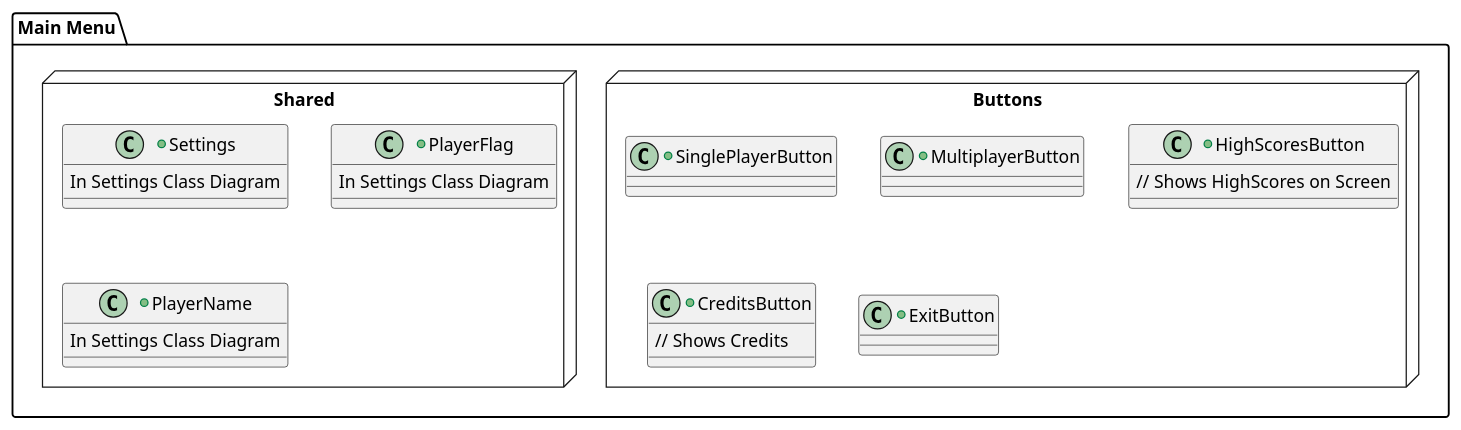
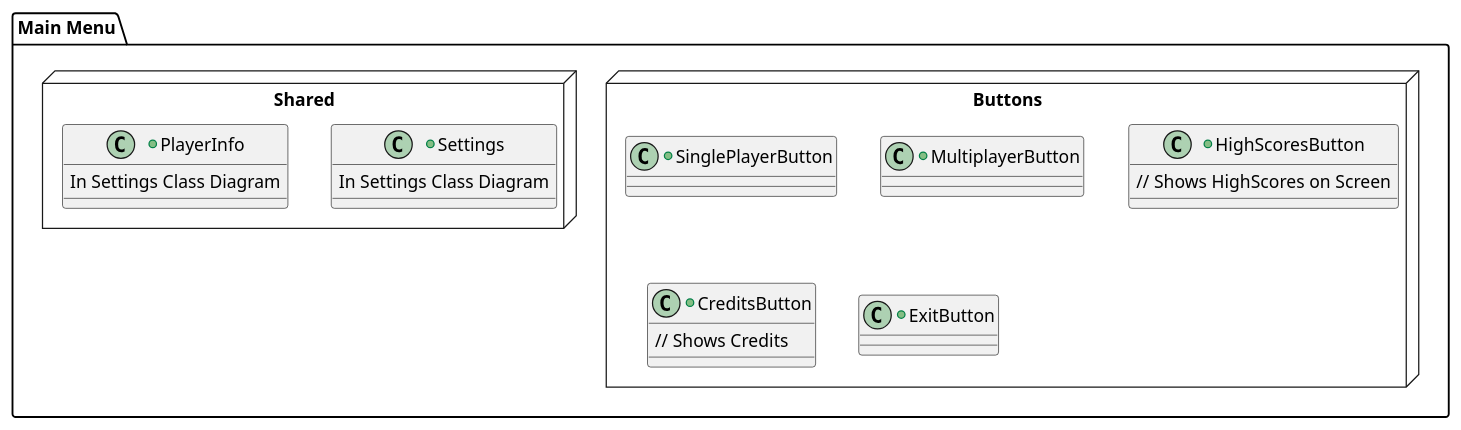
Before and after one commit to firsthour777/pinball-flax: the diagram in Design/MainMenuClassDiagram/MainMenuClassDiagram.puml, drawn with PlantUML. The commit also changed 6 other files, not shown here.

Commit message:
finished initial class diagrams

```diff
--- a/Design/MainMenuClassDiagram/MainMenuClassDiagram.puml
+++ b/Design/MainMenuClassDiagram/MainMenuClassDiagram.puml
@@ -6,55 +6,51 @@
 @startuml MainMenuClassDiagram
 
 
 top to bottom direction
 
 package "Main Menu" {
 
     package Buttons <<Node>> {
 
         +Class "SinglePlayerButton" as SinglePlayerButtonClass {
 
         }
 
         +Class "MultiplayerButton" as MultiplayerButtonClass {
             
         }
 
         +Class "HighScoresButton" as HighScoresButtonClass {
             // Shows HighScores on Screen
         }
 
         +Class "CreditsButton" as CreditsButtonClass {
             // Shows Credits
         }
 
         +Class "ExitButton" as ExitButtonClass {
 
         }
 
     }
 
     package Shared <<Node>> {
 
         +Class "Settings" as SettingsClass {
             In Settings Class Diagram
         }
 
-        +Class "PlayerFlag" as PlayerFlagClass {
-            In Settings Class Diagram
-        }
-
-        +Class "PlayerName" as PlayerNameClass {
+       +Class "PlayerInfo" as PlayerInfoClass{
             In Settings Class Diagram
         }
 
 
     }
 
 
 
 
 }
 
 
 @enduml
```
